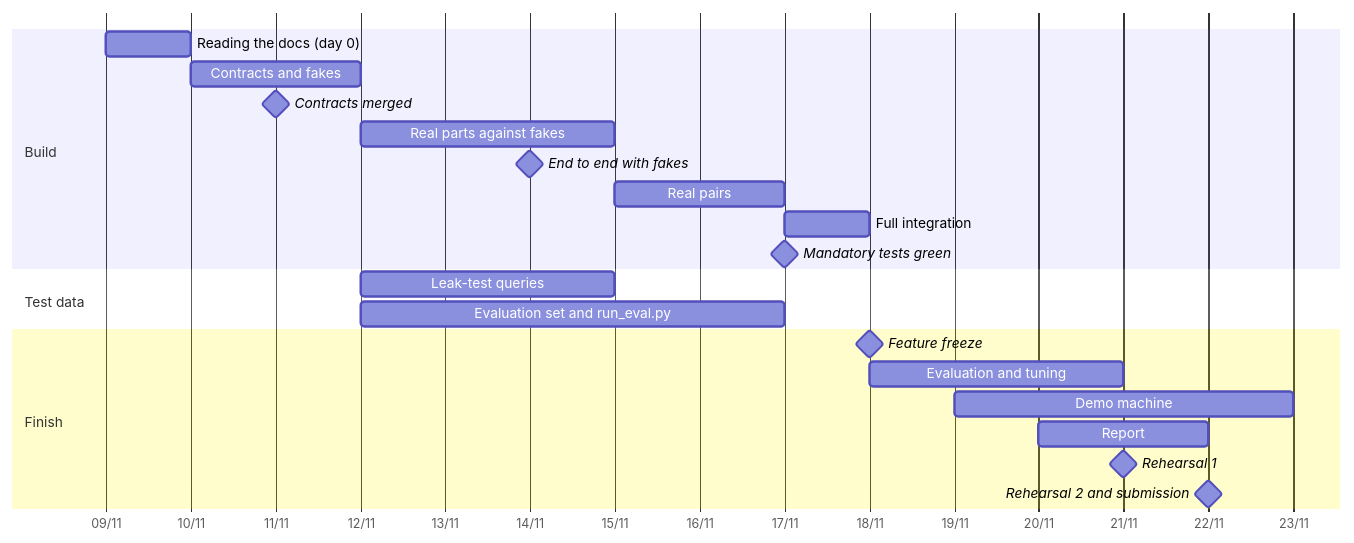
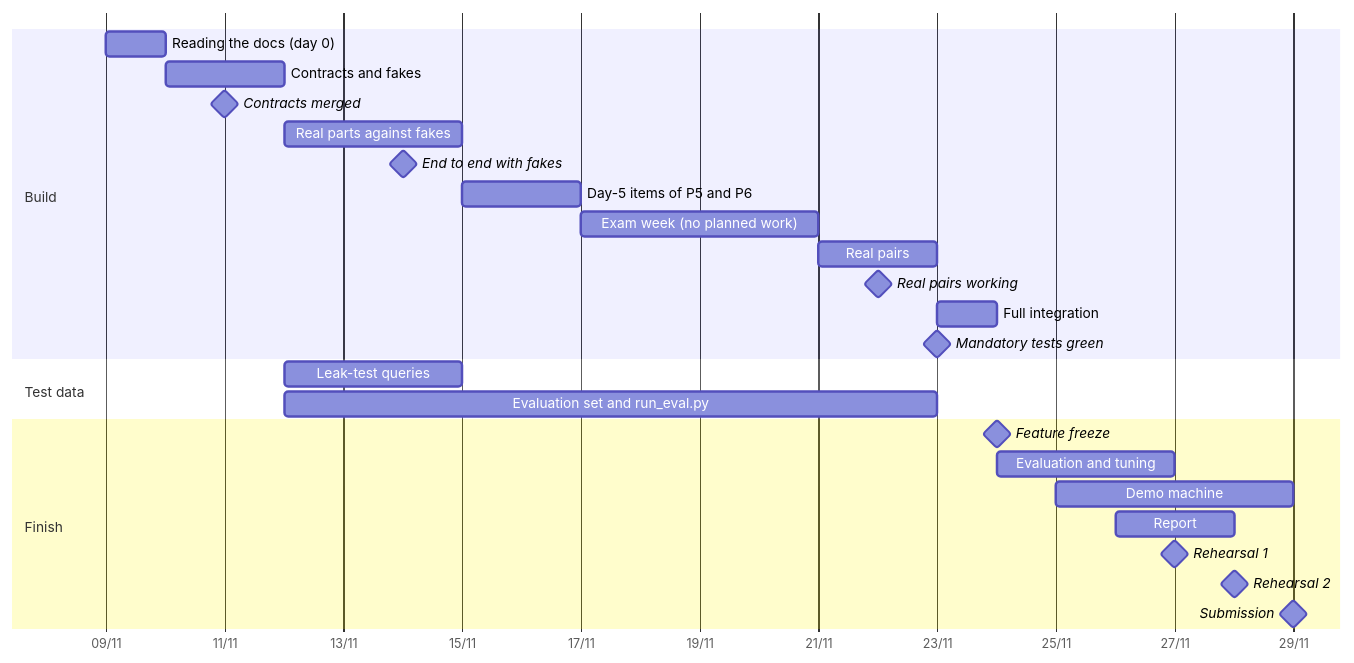
The diagram in docs/schedule.md (MiloudiAhmed/moroccan-regulatory-assistant), drawn with Mermaid before and after one commit. The commit also changed other lines of this file and 11 other files, not shown here.

First line of the commit message:
docs: move the remaining days after exam week and fix the contract tables (#59)

````diff
--- a/docs/schedule.md
+++ b/docs/schedule.md
@@ -9,24 +9,28 @@
 ```mermaid
 gantt
     dateFormat YYYY-MM-DD
     axisFormat %d/%m
     section Build
     Reading the docs (day 0)        :2026-11-09, 1d
     Contracts and fakes             :2026-11-10, 2d
     Contracts merged                :milestone, 2026-11-11, 0d
     Real parts against fakes        :2026-11-12, 3d
     End to end with fakes           :milestone, 2026-11-14, 0d
-    Real pairs                      :2026-11-15, 2d
-    Full integration                :2026-11-17, 1d
-    Mandatory tests green           :milestone, 2026-11-17, 0d
+    Day-5 items of P5 and P6        :2026-11-15, 2d
+    Exam week (no planned work)     :2026-11-17, 4d
+    Real pairs                      :2026-11-21, 2d
+    Real pairs working              :milestone, 2026-11-22, 0d
+    Full integration                :2026-11-23, 1d
+    Mandatory tests green           :milestone, 2026-11-23, 0d
     section Test data
     Leak-test queries               :2026-11-12, 3d
-    Evaluation set and run_eval.py  :2026-11-12, 5d
+    Evaluation set and run_eval.py  :2026-11-12, 11d
     section Finish
-    Feature freeze                  :milestone, 2026-11-18, 0d
-    Evaluation and tuning           :2026-11-18, 3d
-    Demo machine                    :2026-11-19, 4d
-    Report                          :2026-11-20, 2d
-    Rehearsal 1                     :milestone, 2026-11-21, 0d
-    Rehearsal 2 and submission      :milestone, 2026-11-22, 0d
+    Feature freeze                  :milestone, 2026-11-24, 0d
+    Evaluation and tuning           :2026-11-24, 3d
+    Demo machine                    :2026-11-25, 4d
+    Report                          :2026-11-26, 2d
+    Rehearsal 1                     :milestone, 2026-11-27, 0d
+    Rehearsal 2                     :milestone, 2026-11-28, 0d
+    Submission                      :milestone, 2026-11-29, 0d
 ```
````
